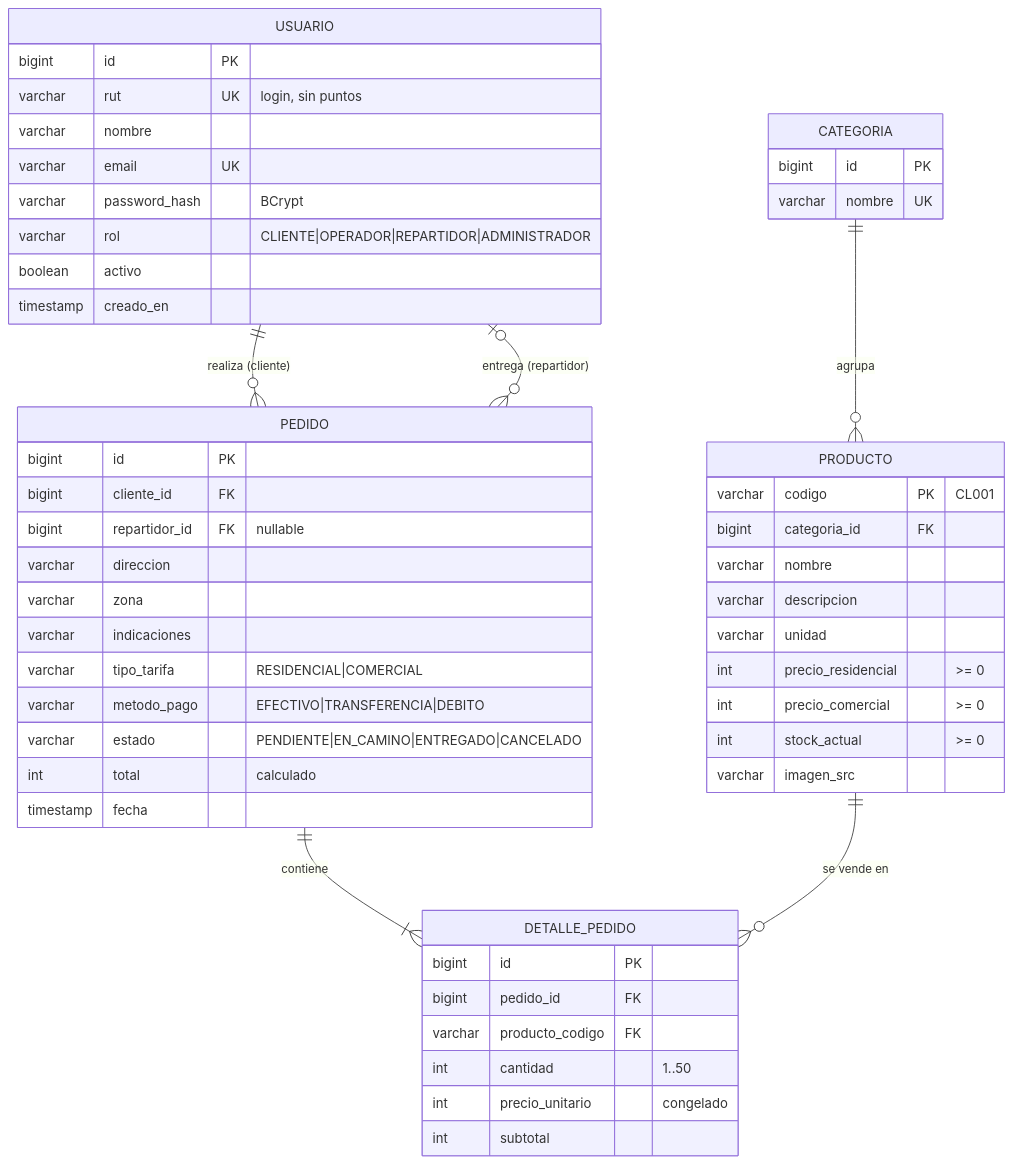
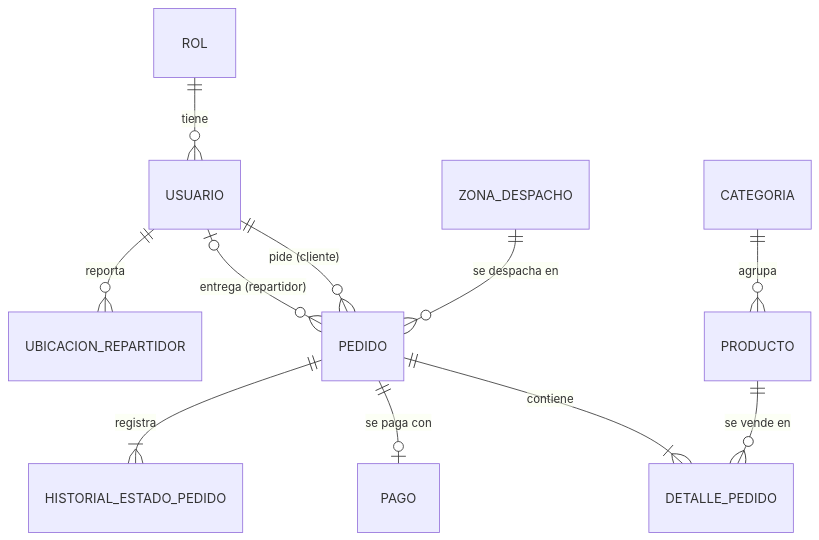
One commit to martinlabjkpsm-cpu/Distribuidora-de-Gas-Gotita-Backend changed the diagram in README.md. Above: the diagram before and after it, drawn with Mermaid. The commit also changed other lines of this file and 46 other files, not shown here.

````diff
--- a/README.md
+++ b/README.md
@@ -77,55 +127,13 @@
 ```mermaid
 erDiagram
-  USUARIO ||--o{ PEDIDO : "realiza (cliente)"
+  ROL ||--o{ USUARIO : tiene
+  USUARIO ||--o{ PEDIDO : "pide (cliente)"
   USUARIO |o--o{ PEDIDO : "entrega (repartidor)"
+  ZONA_DESPACHO ||--o{ PEDIDO : "se despacha en"
   CATEGORIA ||--o{ PRODUCTO : agrupa
   PEDIDO ||--|{ DETALLE_PEDIDO : contiene
   PRODUCTO ||--o{ DETALLE_PEDIDO : "se vende en"
-
-  USUARIO {
-    bigint id PK
-    varchar rut UK "login, sin puntos"
-    varchar nombre
-    varchar email UK
-    varchar password_hash "BCrypt"
-    varchar rol "CLIENTE|OPERADOR|REPARTIDOR|ADMINISTRADOR"
-    boolean activo
-    timestamp creado_en
-  }
-  CATEGORIA {
-    bigint id PK
-    varchar nombre UK
-  }
-  PRODUCTO {
-    varchar codigo PK "CL001"
-    bigint categoria_id FK
-    varchar nombre
-    varchar descripcion
-    varchar unidad
-    int precio_residencial ">= 0"
-    int precio_comercial ">= 0"
-    int stock_actual ">= 0"
-    varchar imagen_src
-  }
-  PEDIDO {
-    bigint id PK
-    bigint cliente_id FK
-    bigint repartidor_id FK "nullable"
-    varchar direccion
-    varchar zona
-    varchar indicaciones
-    varchar tipo_tarifa "RESIDENCIAL|COMERCIAL"
-    varchar metodo_pago "EFECTIVO|TRANSFERENCIA|DEBITO"
-    varchar estado "PENDIENTE|EN_CAMINO|ENTREGADO|CANCELADO"
-    int total "calculado"
-    timestamp fecha
-  }
-  DETALLE_PEDIDO {
-    bigint id PK
-    bigint pedido_id FK
-    varchar producto_codigo FK
-    int cantidad "1..50"
-    int precio_unitario "congelado"
-    int subtotal
-  }
+  PEDIDO ||--o| PAGO : "se paga con"
+  PEDIDO ||--|{ HISTORIAL_ESTADO_PEDIDO : registra
+  USUARIO ||--o{ UBICACION_REPARTIDOR : reporta
 ```
````
